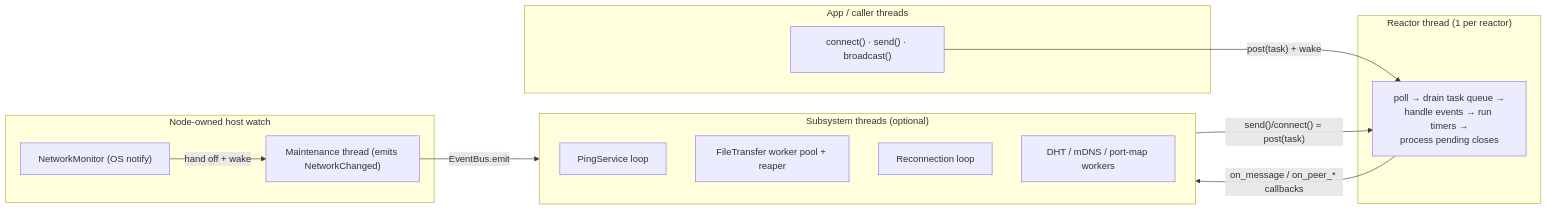
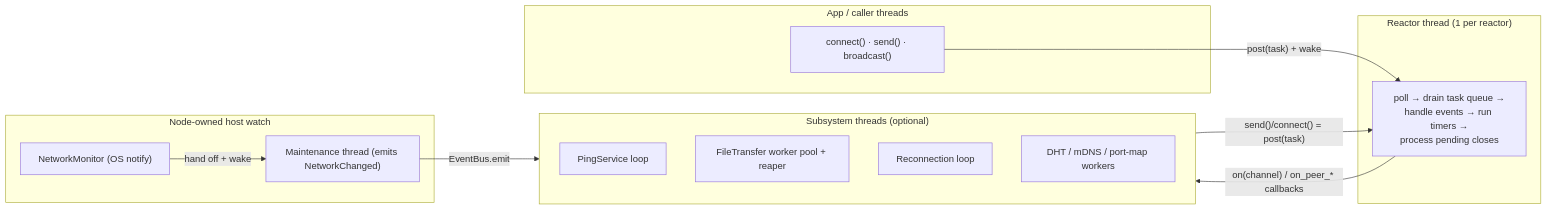
Before and after one commit to librats/librats: the third of 9 diagrams in ARCHITECTURE.md, drawn with Mermaid. The commit also changed other lines of this file and 11 other files, not shown here.

````diff
--- a/ARCHITECTURE.md
+++ b/ARCHITECTURE.md
@@ -180,28 +179,28 @@
 ```mermaid
 flowchart LR
     subgraph AppThreads["App / caller threads"]
       A["connect() · send() · broadcast()"]
     end
 
     subgraph ReactorThread["Reactor thread (1 per reactor)"]
       Loop["poll → drain task queue →\nhandle events → run timers →\nprocess pending closes"]
     end
 
     subgraph SubThreads["Subsystem threads (optional)"]
       PT["PingService loop"]
       FW["FileTransfer worker pool + reaper"]
       RT["Reconnection loop"]
       DT["DHT / mDNS / port-map workers"]
     end
 
     subgraph NodeThreads["Node-owned host watch"]
       NM["NetworkMonitor (OS notify)"]
       MT["Maintenance thread (emits NetworkChanged)"]
     end
 
     A -->|"post(task) + wake"| Loop
     SubThreads -->|"send()/connect() = post(task)"| Loop
-    Loop -->|"on_message / on_peer_* callbacks"| SubThreads
+    Loop -->|"on(channel) / on_peer_* callbacks"| SubThreads
     NM -->|"hand off + wake"| MT
     MT -->|"EventBus.emit"| SubThreads
 ```
````
